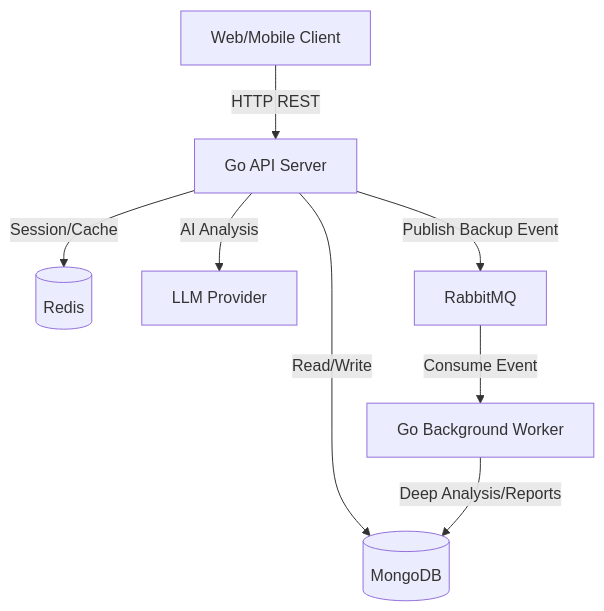
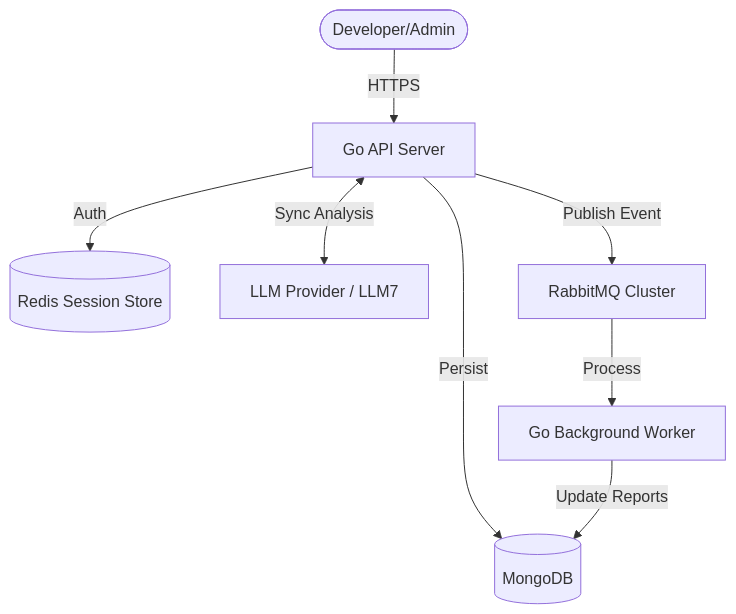
Before and after one commit to hayattofik-01/scrum-ai-: the diagram in backend/docs/submission/1_Detailed_Report.md, drawn with Mermaid. The commit also changed other lines of this file and 115 other files, not shown here.

````diff
--- a/backend/docs/submission/1_Detailed_Report.md
+++ b/backend/docs/submission/1_Detailed_Report.md
@@ -24,10 +53,10 @@
 ```mermaid
 graph TD
-    Client[Web/Mobile Client] -- HTTP REST --> API[Go API Server]
-    API -- Read/Write --> Mongo[(MongoDB)]
-    API -- Session/Cache --> Redis[(Redis)]
-    API -- AI Analysis --> LLM[LLM Provider]
-    API -- Publish Backup Event --> Rabbit[RabbitMQ]
-    Rabbit -- Consume Event --> Worker[Go Background Worker]
-    Worker -- Deep Analysis/Reports --> Mongo
+    User([Developer/Admin]) -->|HTTPS| API[Go API Server]
+    API -->|Auth| Redis[(Redis Session Store)]
+    API <-->|Sync Analysis| AI[LLM Provider / LLM7]
+    API -->|Persist| Mongo[(MongoDB)]
+    API -->|Publish Event| Rabbit[RabbitMQ Cluster]
+    Rabbit -->|Process| Worker[Go Background Worker]
+    Worker -->|Update Reports| Mongo
 ```
````
